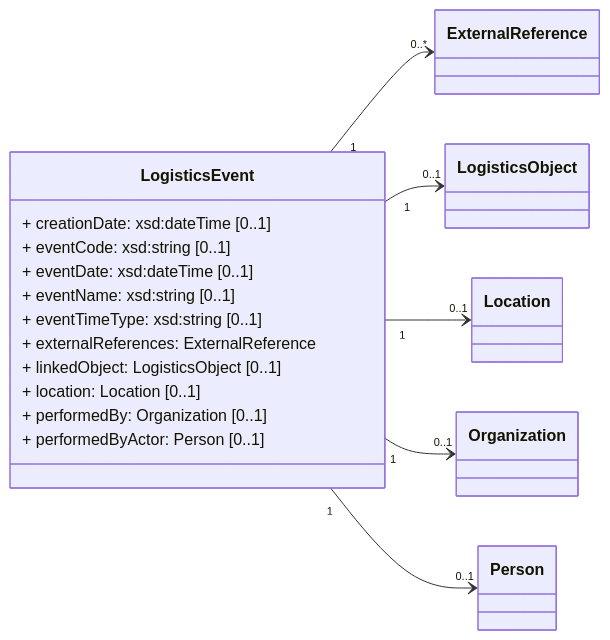
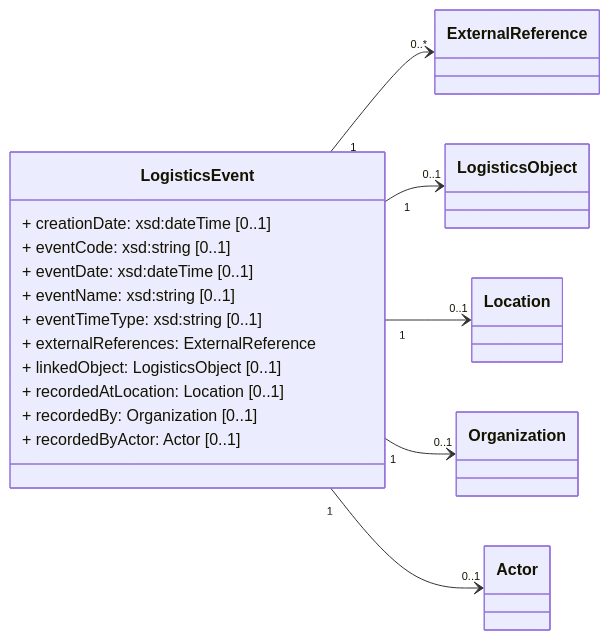
One commit to IATA-Cargo/ONE-Record changed the diagram in working_draft/API/docs/logistics-events.md. Above: the diagram before and after it, drawn with Mermaid. The commit also changed other lines of this file and 4 other files, not shown here.

````diff
--- a/working_draft/API/docs/logistics-events.md
+++ b/working_draft/API/docs/logistics-events.md
@@ -41,38 +41,38 @@
 ```mermaid
 classDiagram   
     direction LR   
 
     class LogisticsObject{                
     }
 
-    class Person{        
+    class Actor{        
     }  
 
     class Organization{            
     }  
 
     class Location{        
     }  
 
     class ExternalReference{        
     }  
     
     class LogisticsEvent{
         + creationDate: xsd:dateTime [0..1]
         + eventCode: xsd:string [0..1]
         + eventDate: xsd:dateTime [0..1]
         + eventName: xsd:string [0..1]
         + eventTimeType: xsd:string [0..1]
         + externalReferences: ExternalReference
         + linkedObject: LogisticsObject [0..1]
-        + location: Location [0..1]
-        + performedBy: Organization [0..1]
-        + performedByActor: Person [0..1]
+        + recordedAtLocation: Location [0..1]
+        + recordedBy: Organization [0..1]
+        + recordedByActor: Actor [0..1]
 
     }
     LogisticsEvent "1" --> "0..*" ExternalReference
     LogisticsEvent "1" --> "0..1" LogisticsObject
     LogisticsEvent "1" --> "0..1" Location
     LogisticsEvent "1" --> "0..1" Organization
-    LogisticsEvent "1" --> "0..1" Person
+    LogisticsEvent "1" --> "0..1" Actor
 ```
````
